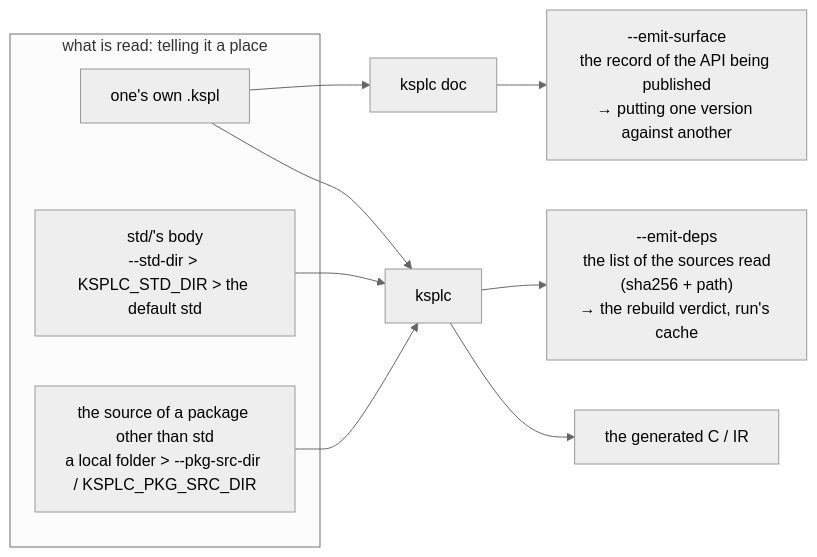
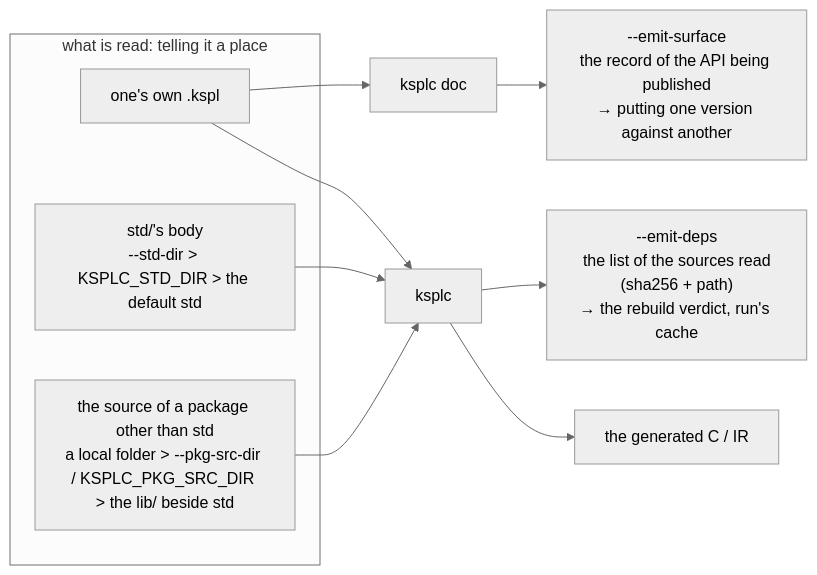
The second of 3 diagrams in ksplc/docs/SPEC-tools.md (kansosystem-org/kspl-experimental), drawn with Mermaid (neutral theme) before and after one commit. The commit also changed other lines of this file and 452 other files, not shown here.

````diff
--- a/ksplc/docs/SPEC-tools.md
+++ b/ksplc/docs/SPEC-tools.md
@@ -361,15 +361,15 @@
 ```mermaid
 flowchart LR
     subgraph IN["what is read: telling it a place"]
         SRC["one's own .kspl"]
         STD["std/'s body<br/>--std-dir > KSPLC_STD_DIR > the default std"]
-        PKG["the source of a package other than std<br/>a local folder > --pkg-src-dir / KSPLC_PKG_SRC_DIR"]
+        PKG["the source of a package other than std<br/>a local folder > --pkg-src-dir / KSPLC_PKG_SRC_DIR > the lib/ beside std"]
     end
     SRC --> K["ksplc"]
     STD --> K
     PKG --> K
     K --> OUT["the generated C / IR"]
     K --> DEPS["--emit-deps<br/>the list of the sources read<br/>(sha256 + path)<br/>→ the rebuild verdict, run's cache"]
     SRC --> DOC["ksplc doc"]
     DOC --> SURF["--emit-surface<br/>the record of the API being published<br/>→ putting one version against another"]
 ```
````
